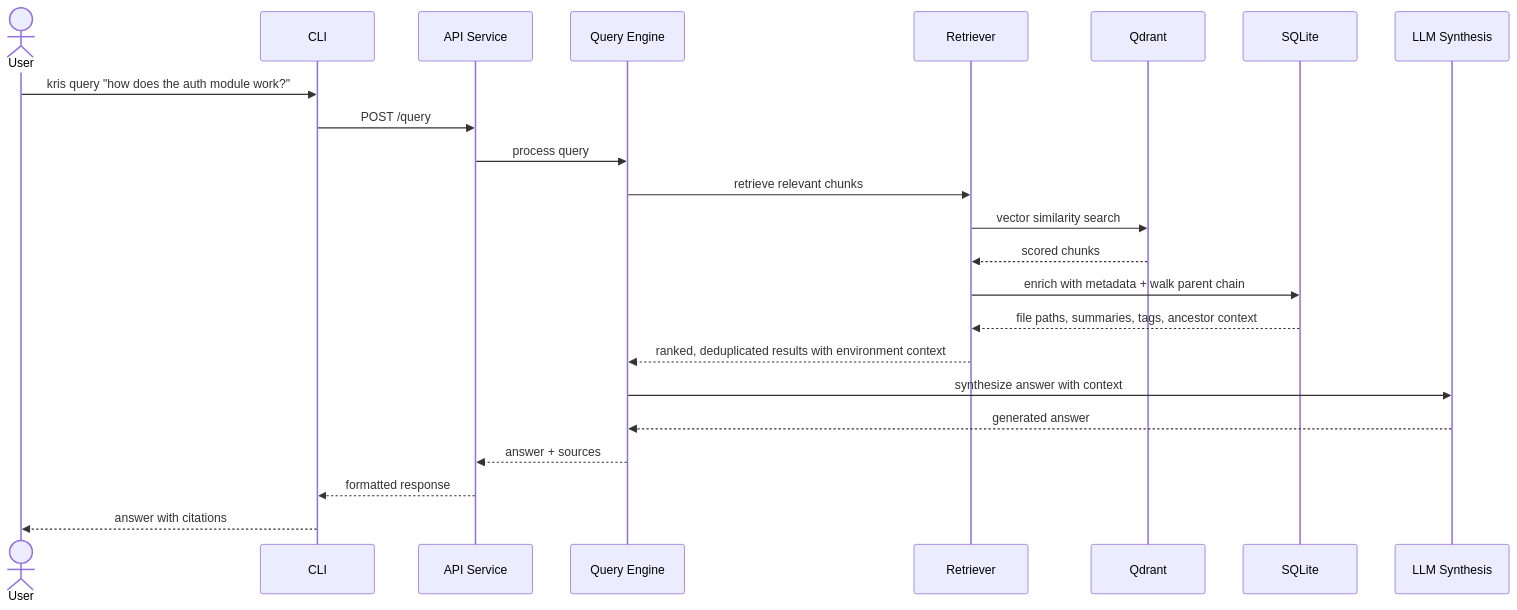
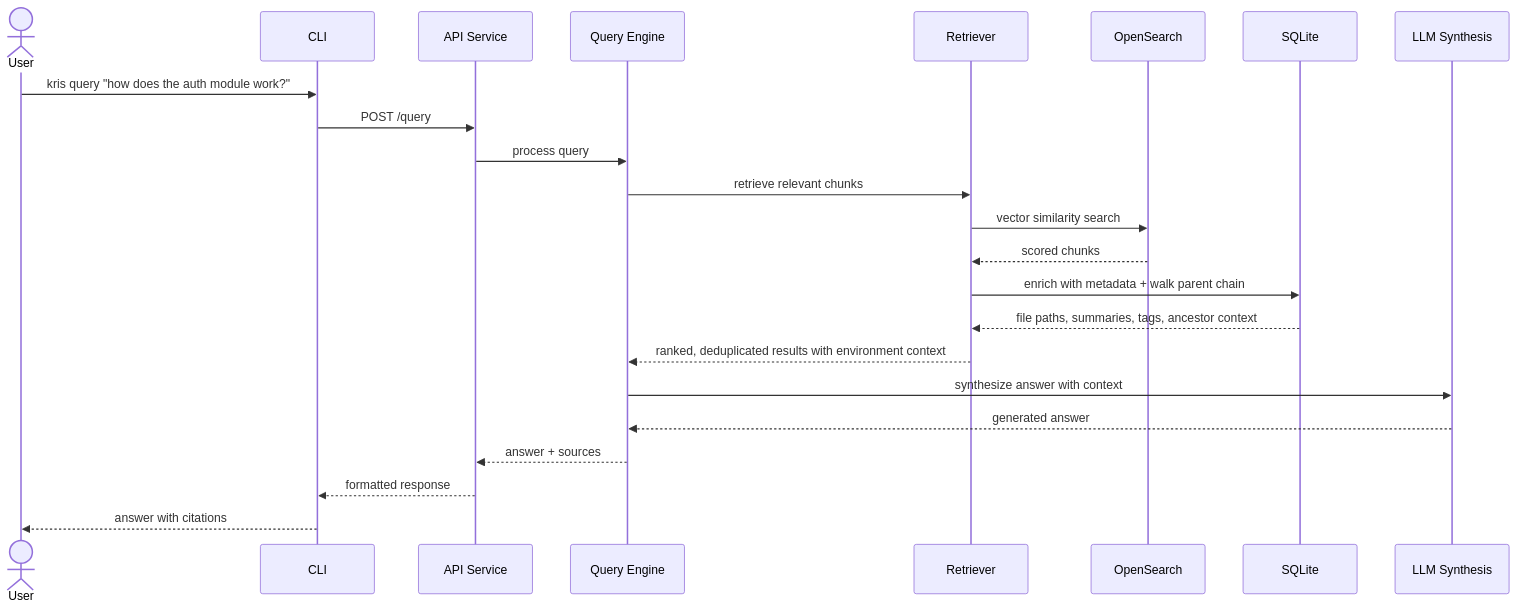
The eighth of 9 diagrams in docs/architecture.md (kenhia/kris), drawn with Mermaid before and after one commit. The commit also changed other lines of this file and 43 other files, not shown here.

First line of the commit message:
feat(003): replace Qdrant with OpenSearch for vector search

````diff
--- a/docs/architecture.md
+++ b/docs/architecture.md
@@ -359,26 +359,26 @@
 ```mermaid
 sequenceDiagram
     actor User
     participant CLI
     participant API as API Service
     participant QE as Query Engine
     participant R as Retriever
-    participant QD as Qdrant
+    participant QD as OpenSearch
     participant SQ as SQLite
     participant LLM as LLM Synthesis
 
     User->>CLI: kris query "how does the auth module work?"
     CLI->>API: POST /query
     API->>QE: process query
     QE->>R: retrieve relevant chunks
     R->>QD: vector similarity search
     QD-->>R: scored chunks
     R->>SQ: enrich with metadata + walk parent chain
     SQ-->>R: file paths, summaries, tags, ancestor context
     R-->>QE: ranked, deduplicated results with environment context
     QE->>LLM: synthesize answer with context
     LLM-->>QE: generated answer
     QE-->>API: answer + sources
     API-->>CLI: formatted response
     CLI-->>User: answer with citations
 ```
````
